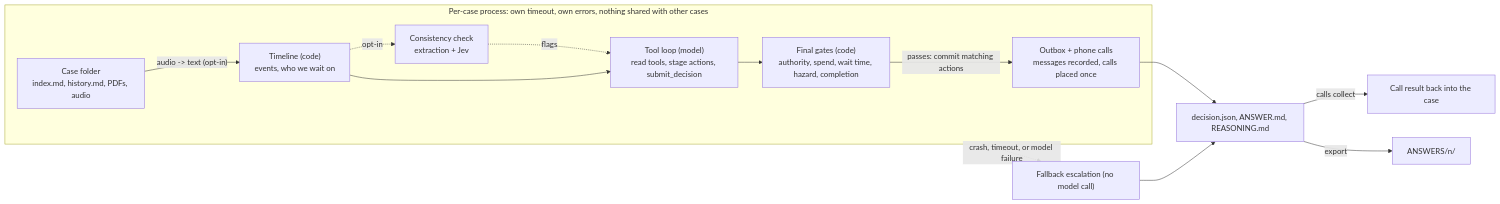
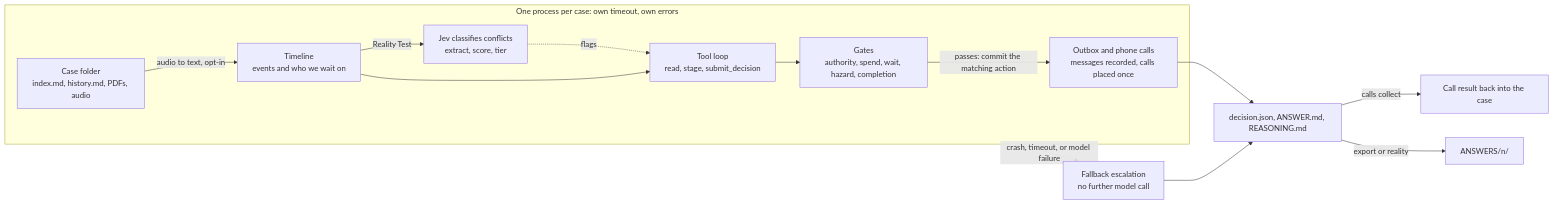
The diagram in README.md (kulakovvad/lettable), drawn with Mermaid before and after one commit. The commit also changed other lines of this file and 1 other file, not shown here.

First line of the commit message:
Rewrite the README and case-loop design for submission.

````diff
--- a/README.md
+++ b/README.md
@@ -27,16 +53,16 @@
 ```mermaid
 flowchart LR
-  subgraph W["Per-case process: own timeout, own errors, nothing shared with other cases"]
-    A["Case folder<br/>index.md, history.md, PDFs, audio"] -->|"audio -> text (opt-in)"| B["Timeline (code)<br/>events, who we wait on"]
-    B -.->|"opt-in"| K["Consistency check<br/>extraction + Jev"]
+  subgraph W["One process per case: own timeout, own errors"]
+    A["Case folder<br/>index.md, history.md, PDFs, audio"] -->|"audio to text, opt-in"| B["Timeline<br/>events and who we wait on"]
+    B -->|"Reality Test"| K["Jev classifies conflicts<br/>extract, score, tier"]
     K -.->|flags| C
-    B --> C["Tool loop (model)<br/>read tools, stage actions, submit_decision"]
-    C --> D["Final gates (code)<br/>authority, spend, wait time, hazard, completion"]
-    D -->|"passes: commit matching actions"| E["Outbox + phone calls<br/>messages recorded, calls placed once"]
+    B --> C["Tool loop<br/>read, stage, submit_decision"]
+    C --> D["Gates<br/>authority, spend, wait, hazard, completion"]
+    D -->|"passes: commit the matching action"| E["Outbox and phone calls<br/>messages recorded, calls placed once"]
   end
   E --> F["decision.json, ANSWER.md, REASONING.md"]
-  W -. "crash, timeout, or model failure" .-> G["Fallback escalation (no model call)"]
+  W -. "crash, timeout, or model failure" .-> G["Fallback escalation<br/>no further model call"]
   G --> F
   F -->|"calls collect"| H["Call result back into the case"]
-  F -->|"export"| I["ANSWERS/n/"]
+  F -->|"export or reality"| I["ANSWERS/n/"]
 ```
````
